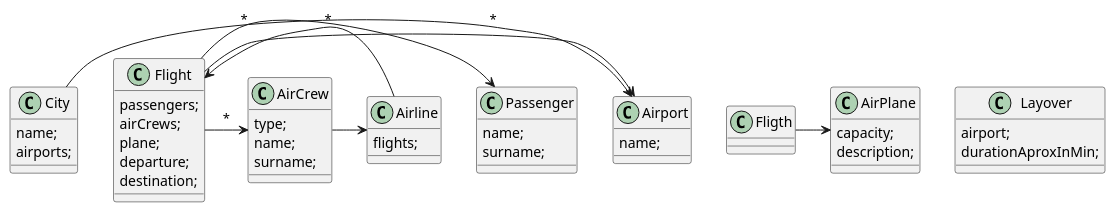
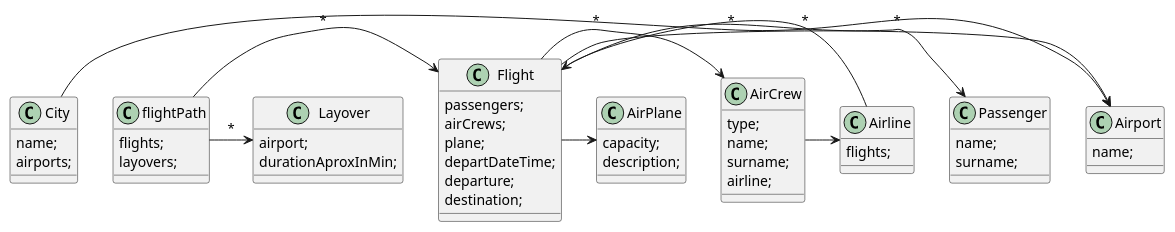
The diagram in uml/diagram.puml (LeandroBenitez12/SoftwareDevelopment), drawn with PlantUML before and after one commit. The commit also changed 10 other files, not shown here.

```diff
--- a/uml/diagram.puml
+++ b/uml/diagram.puml
@@ -1,51 +1,58 @@
 @startuml
 
 class Airport{
     name;
 }
 class City{
     name;
     airports;
 }
 
 class AirPlane{
     capacity;
     description;
 }
 
 class Airline{
     flights;
 }
 class Flight{
     passengers;
     airCrews;
     plane;
+    departDateTime;
     departure;
     destination;
 }
 
 class Passenger{
     name;
     surname;
 }
 
 class AirCrew{
     type;
     name;
     surname;
+    airline;
 }
-
+class flightPath{
+    flights;
+    layovers;
+}
 class Layover{
     airport;
     durationAproxInMin;
 }
-City -> Airport: *
+
 Flight -> Airport
 Flight -> Passenger: *
 Flight -> AirCrew: *
-Fligth -> AirPlane
+Flight -> AirPlane
 Airline -> Flight: *
 AirCrew -> Airline
-
+flightPath -> Flight: *
+flightPath -> Layover: *
+City -> Airport: *
 
 @enduml
```
